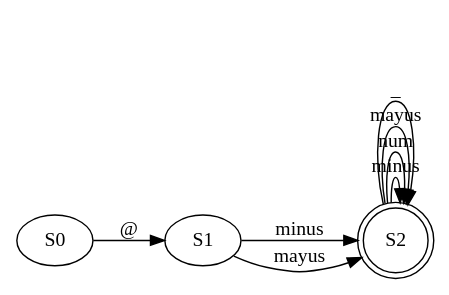
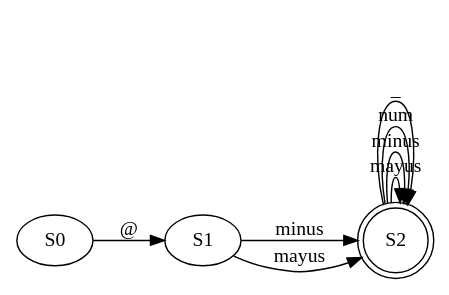
One commit to JeffMendez/OCL_Proyecto1_201901557 changed the diagram in Regexive/archivos/AFD_201901557/igusername.dot. Above: the diagram before and after it, drawn with Graphviz. The commit also changed 36 other files, not shown here.

```diff
--- a/Regexive/archivos/AFD_201901557/igusername.dot
+++ b/Regexive/archivos/AFD_201901557/igusername.dot
@@ -1,4 +1,4 @@
 digraph G {
 	rankdir=LR
-	S0 -> S1 [label="@"]	S1 -> S2 [label="minus"]	S1 -> S2 [label="mayus"]	S2 [shape="doublecircle"]	S2 -> S2 [label="minus"]	S2 -> S2 [label="num"]	S2 -> S2 [label="mayus"]	S2 -> S2 [label="_"]
+	S0 -> S1 [label="@"]	S1 -> S2 [label="minus"]	S1 -> S2 [label="mayus"]	S2 [shape="doublecircle"]	S2 -> S2 [label="mayus"]	S2 -> S2 [label="minus"]	S2 -> S2 [label="num"]	S2 -> S2 [label="_"]
 }
```
